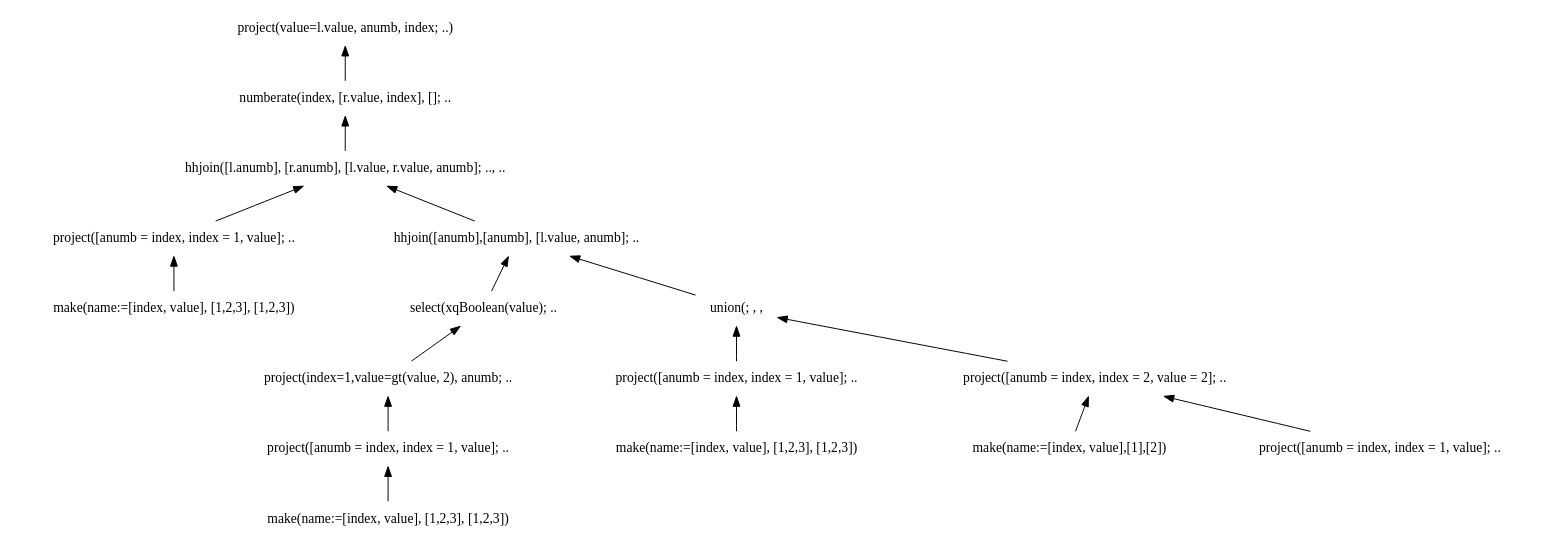
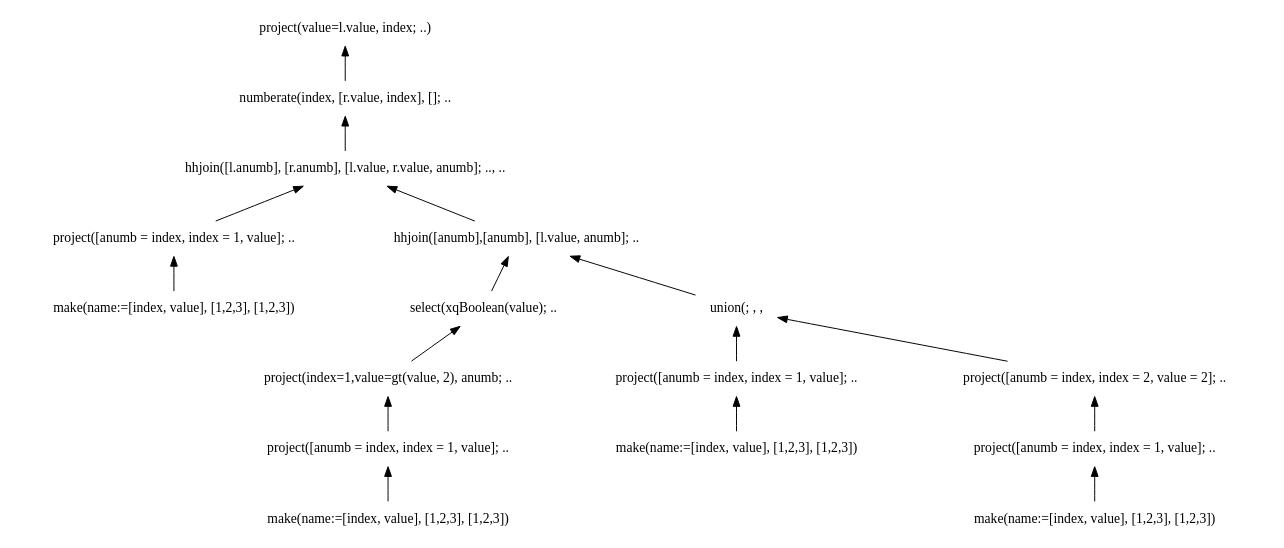
The diagram in doc/graph_src/ext_flwor.dot (andrerav/xqft-parser), drawn with Graphviz before and after one commit. The commit also changed 5 other files, not shown here.

```diff
--- a/doc/graph_src/ext_flwor.dot
+++ b/doc/graph_src/ext_flwor.dot
@@ -1,50 +1,51 @@
 digraph AST {
 edge [color=black, dir=both, weight=1, fontcolor=black, fontname=Helvetica, arrowhead=none,arrowtail=normal]
 node [shape=plaintext]
 
 // DAGifying nodes
 project1231->make1231;
 project1232->make1232;
 project1233->make1233;
+project12311->make12311;
 make1231 [label="make(name:=[index, value], [1,2,3], [1,2,3])"];
 make1232 [label="make(name:=[index, value], [1,2,3], [1,2,3])"];
 make1233 [label="make(name:=[index, value], [1,2,3], [1,2,3])"];
-make2 [label="make(name:=[index, value],[1],[2])"];
+make12311 [label="make(name:=[index, value], [1,2,3], [1,2,3])"];
+//make2 [label="make(name:=[index, value],[1],[2])"];
 //make22 [label="make(name:=[index, value],[1],[2])"];
 project1231 [label="project([anumb = index, index = 1, value]; .."];
 project1232 [label="project([anumb = index, index = 1, value]; .."];
 project1233 [label="project([anumb = index, index = 1, value]; .."];
 project12311 [label="project([anumb = index, index = 1, value]; .."];
 project2 [label="project([anumb = index, index = 2, value = 2]; .."];
-project2->make2;
 
 // Ordinary nodes
-project1 [label="project(value=l.value, anumb, index; ..)"];
+project1 [label="project(value=l.value, index; ..)"];
 numberate1 [label="numberate(index, [r.value, index], []; .."];
 hhjoin1 [label="hhjoin([l.anumb], [r.anumb], [l.value, r.value, anumb]; .., .."];
 hhjoin2 [label="hhjoin([anumb],[anumb], [l.value, anumb]; .."];
 
 select1 [label="select(xqBoolean(value); .."];
 project5 [label="project(index=1,value=gt(value, 2), anumb; .."];
 //hhjoin4 [label=" hhjoin([], [], [l.value, r.value, anumb]; ..,.."];
 
 union1 [label="union(; , ,"]
 //numberate2 [label="numberate(index,[sprIdx,index],[]; .."]
 
 project1->numberate1;
   numberate1->hhjoin1;
     hhjoin1->hhjoin2;
       //hhjoin2->numberate2;
         //numberate2->union1;
         hhjoin2->union1;
            union1->project1231;
            union1->project2;
              project2->project12311;
       hhjoin2->select1;
         select1->project5;
           project5->project1232
               //project5->hhjoin4;
               //  hhjoin4->project1232;
               //  hhjoin4->make22;
     hhjoin1->project1233;
 }
```
